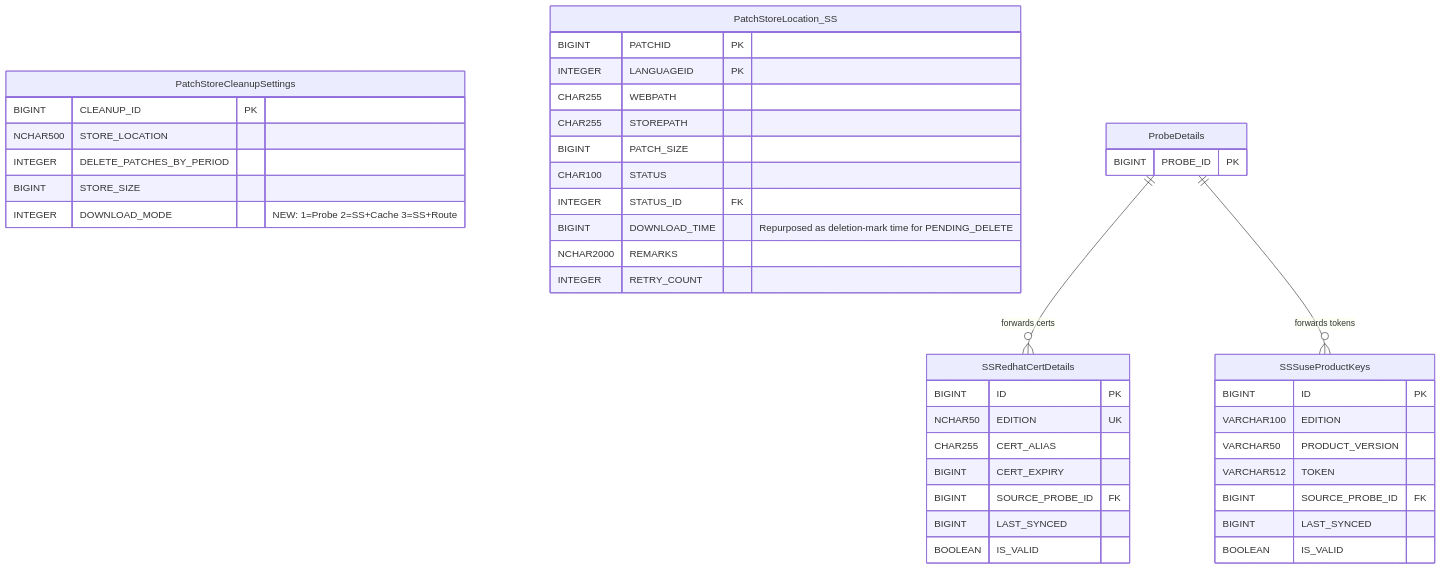
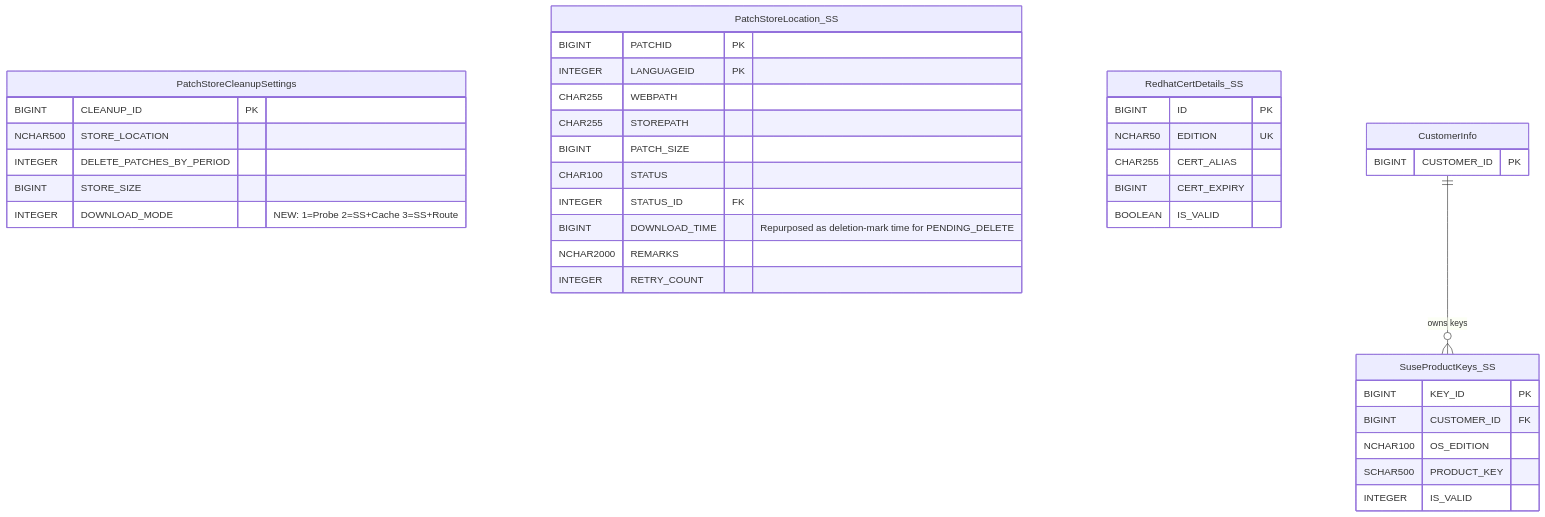
Before and after one commit to ranjithkumar-a-23525/RebaseEx: the first of 2 diagrams in low-level-design-v3.md, drawn with Mermaid. The commit also changed other lines of this file, not shown here.

````diff
--- a/low-level-design-v3.md
+++ b/low-level-design-v3.md
@@ -70,55 +70,50 @@
 ```mermaid
 erDiagram
     %% ── MODIFIED TABLE ─────────────────────────────────────
     PatchStoreCleanupSettings {
         BIGINT CLEANUP_ID PK
         NCHAR500 STORE_LOCATION
         INTEGER DELETE_PATCHES_BY_PERIOD
         BIGINT STORE_SIZE
         INTEGER DOWNLOAD_MODE "NEW: 1=Probe 2=SS+Cache 3=SS+Route"
     }
 
     %% ── REUSED TABLE (from Probe, no schema changes) ───────
     PatchStoreLocation_SS {
         BIGINT PATCHID PK
         INTEGER LANGUAGEID PK
         CHAR255 WEBPATH
         CHAR255 STOREPATH
         BIGINT PATCH_SIZE
         CHAR100 STATUS
         INTEGER STATUS_ID FK
         BIGINT DOWNLOAD_TIME "Repurposed as deletion-mark time for PENDING_DELETE"
         NCHAR2000 REMARKS
         INTEGER RETRY_COUNT
     }
 
-    %% ── NEW TABLES ─────────────────────────────────────────
-    SSRedhatCertDetails {
+    %% ── REUSED TABLES (from Probe, no schema changes) ──────
+    RedhatCertDetails_SS {
         BIGINT ID PK
         NCHAR50 EDITION UK
         CHAR255 CERT_ALIAS
         BIGINT CERT_EXPIRY
-        BIGINT SOURCE_PROBE_ID FK
-        BIGINT LAST_SYNCED
         BOOLEAN IS_VALID
     }
 
-    SSSuseProductKeys {
-        BIGINT ID PK
-        VARCHAR100 EDITION
-        VARCHAR50 PRODUCT_VERSION
-        VARCHAR512 TOKEN
-        BIGINT SOURCE_PROBE_ID FK
-        BIGINT LAST_SYNCED
-        BOOLEAN IS_VALID
+    SuseProductKeys_SS {
+        BIGINT KEY_ID PK
+        BIGINT CUSTOMER_ID FK
+        NCHAR100 OS_EDITION
+        SCHAR500 PRODUCT_KEY
+        INTEGER IS_VALID
     }
 
     %% ── EXISTING TABLES (FK reference only) ────────────────
-    ProbeDetails {
-        BIGINT PROBE_ID PK
+    CustomerInfo {
+        BIGINT CUSTOMER_ID PK
     }
 
     %% ── RELATIONSHIPS ──────────────────────────────────────
-    ProbeDetails ||--o{ SSRedhatCertDetails : "forwards certs"
-    ProbeDetails ||--o{ SSSuseProductKeys : "forwards tokens"
+    CustomerInfo ||--o{ SuseProductKeys_SS : "owns keys"
 ```
````
